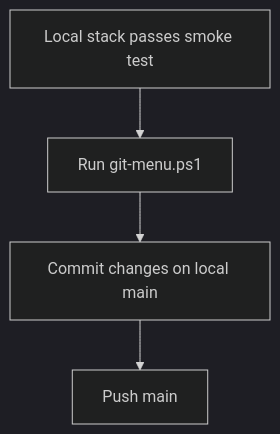
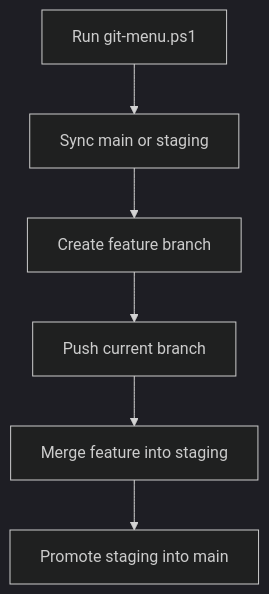
One commit to swinneyj/soc-plaform changed the fourth of 4 diagrams in docs/GIT_VISUAL_MAP.md. Above: the diagram before and after it, drawn with Mermaid (dark theme). The commit also changed other lines of this file and 4 other files, not shown here.

````diff
--- a/docs/GIT_VISUAL_MAP.md
+++ b/docs/GIT_VISUAL_MAP.md
@@ -61,6 +66,8 @@
 ```mermaid
 flowchart TD
-    A[Local stack passes smoke test] --> B[Run git-menu.ps1]
-    B --> C[Commit changes on local main]
-    C --> D[Push main]
+    A[Run git-menu.ps1] --> B[Sync main or staging]
+    B --> C[Create feature branch]
+    C --> D[Push current branch]
+    D --> E[Merge feature into staging]
+    E --> F[Promote staging into main]
 ```
````
